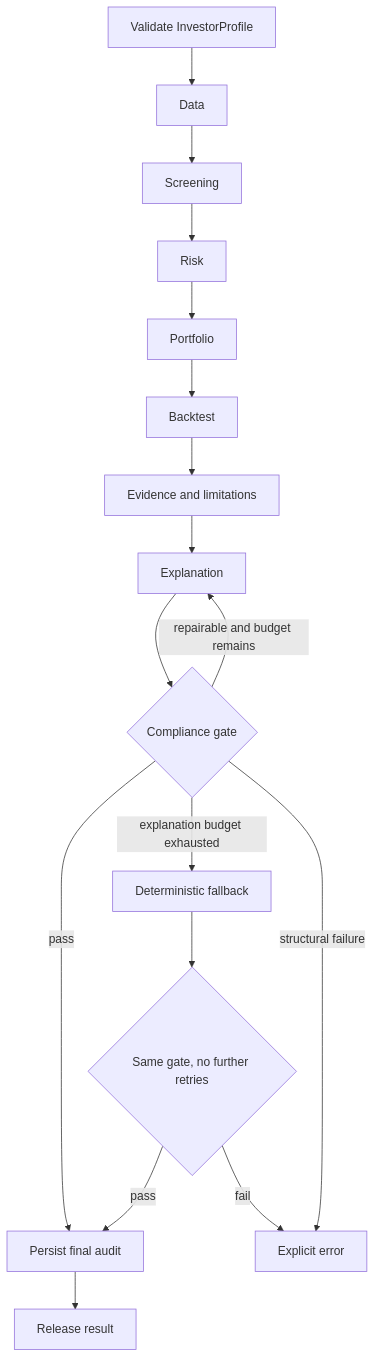
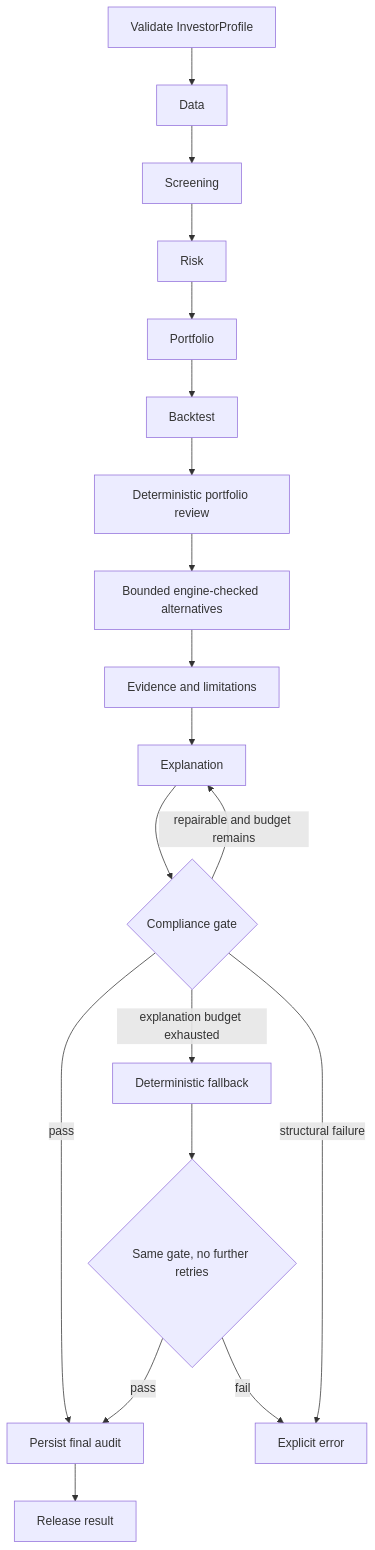
Before and after one commit to JayjayGz/RecommenDathon: the diagram in docs/agents-workflow.md, drawn with Mermaid. The commit also changed 30 other files, not shown here.

````diff
--- a/docs/agents-workflow.md
+++ b/docs/agents-workflow.md
@@ -31,19 +31,21 @@
 ```mermaid
 flowchart TD
     P[Validate InvestorProfile] --> D[Data]
     D --> S[Screening]
     S --> R[Risk]
     R --> W[Portfolio]
     W --> B[Backtest]
-    B --> E[Evidence and limitations]
+    B --> REV[Deterministic portfolio review]
+    REV --> SUG[Bounded engine-checked alternatives]
+    SUG --> E[Evidence and limitations]
     E --> X[Explanation]
     X --> C{Compliance gate}
     C -->|pass| A[Persist final audit]
     A --> O[Release result]
     C -->|repairable and budget remains| X
     C -->|explanation budget exhausted| F[Deterministic fallback]
     F --> V{Same gate, no further retries}
     V -->|pass| A
     V -->|fail| ERR[Explicit error]
     C -->|structural failure| ERR
 ```
````
